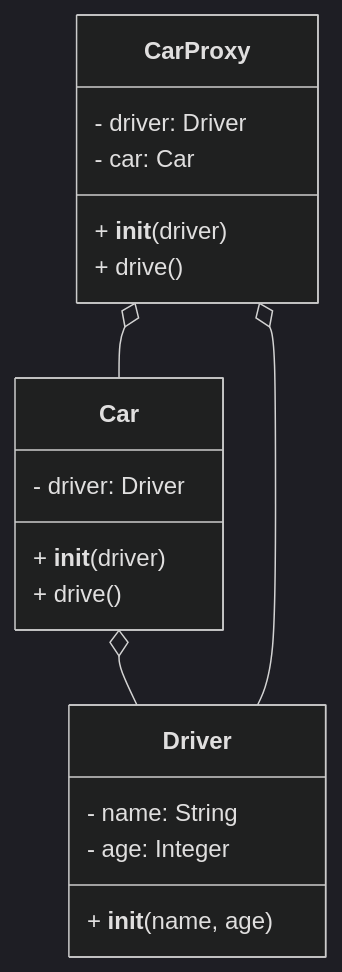
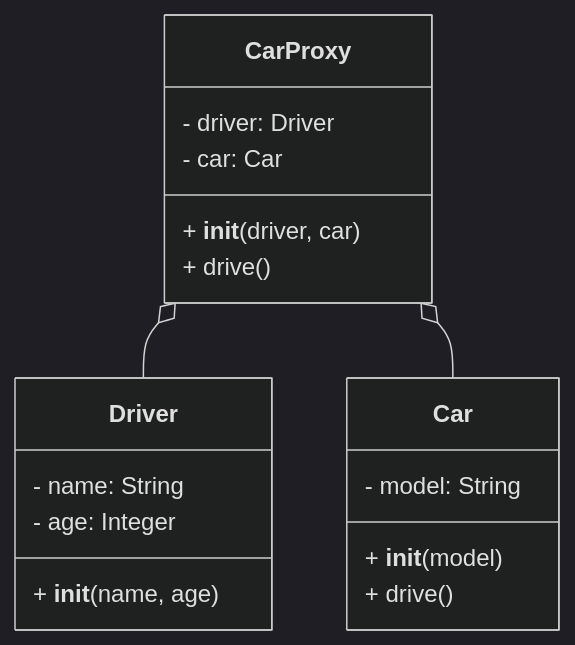
Before and after one commit to matejfric/mdbook: diagram 14 of 18 in src/it/software_engineering.md, drawn with Mermaid (dark theme). The commit also changed other lines of this file and 4 other files, not shown here.

````diff
--- a/src/it/software_engineering.md
+++ b/src/it/software_engineering.md
@@ -643,25 +745,24 @@
         ```mermaid
             classDiagram
                 class Driver {
                     - name: String
                     - age: Integer
                     + __init__(name, age)
                 }
                 
                 class Car {
-                    - driver: Driver
-                    + __init__(driver)
+                    - model: String
+                    + __init__(model)
                     + drive()
                 }
                 
                 class CarProxy {
                     - driver: Driver
                     - car: Car
-                    + __init__(driver)
+                    + __init__(driver, car)
                     + drive()
                 }
                 
-                Car o-- Driver
                 CarProxy o-- Driver
                 CarProxy o-- Car
         ```
````
